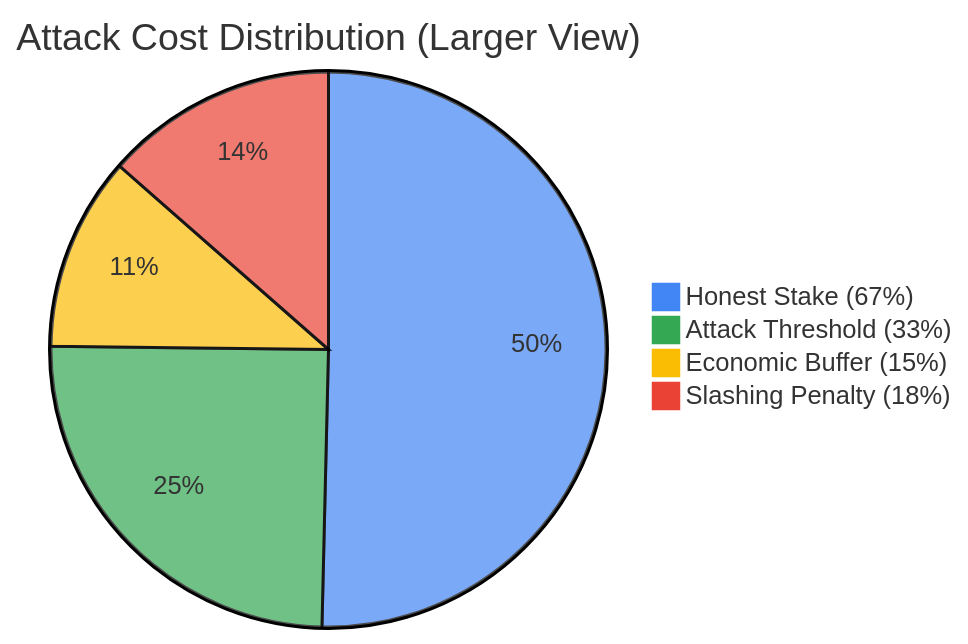
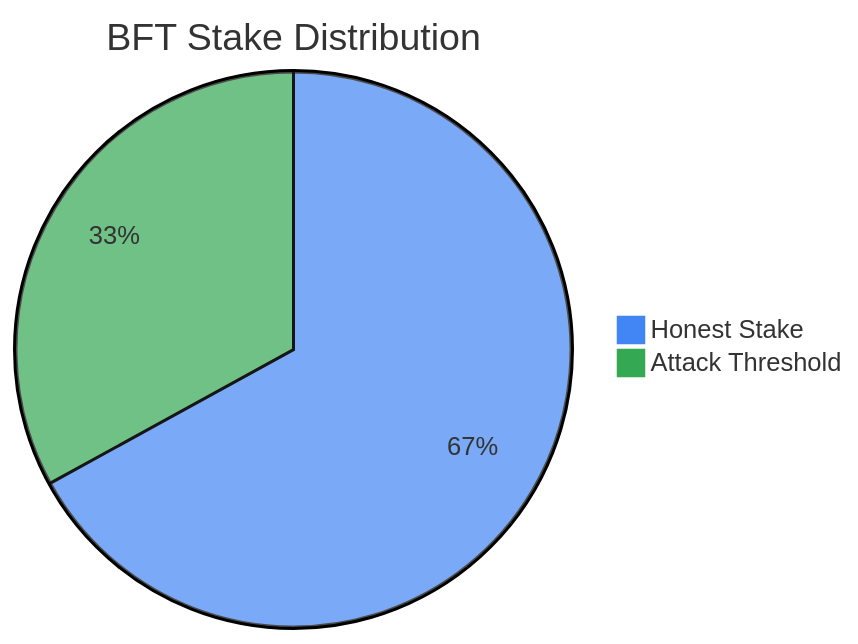
Diagram 21 of 24 in public/api/articles/byzantine-fault-tolerance.md (shapkarin/shapkarin.me), drawn with Mermaid before and after one commit. The commit also changed other lines of this file, not shown here.

Commit message:
docs: update BFT article with 2026 year data

````diff
--- a/public/api/articles/byzantine-fault-tolerance.md
+++ b/public/api/articles/byzantine-fault-tolerance.md
@@ -1365,8 +1365,6 @@
 ```mermaid
 %%{init: {'theme':'base', 'themeVariables': {'primaryColor':'#ffffff', 'fontSize':'18px', 'pie1':'#4285f4', 'pie2':'#34a853', 'pie3':'#fbbc04', 'pie4':'#ea4335'}}}%%
-pie title Attack Cost Distribution (Larger View)
-    "Honest Stake (67%)" : 67
-    "Attack Threshold (33%)" : 33
-    "Economic Buffer (15%)" : 15
-    "Slashing Penalty (18%)" : 18
+pie title BFT Stake Distribution
+    "Honest Stake" : 67
+    "Attack Threshold" : 33
 ```
````
